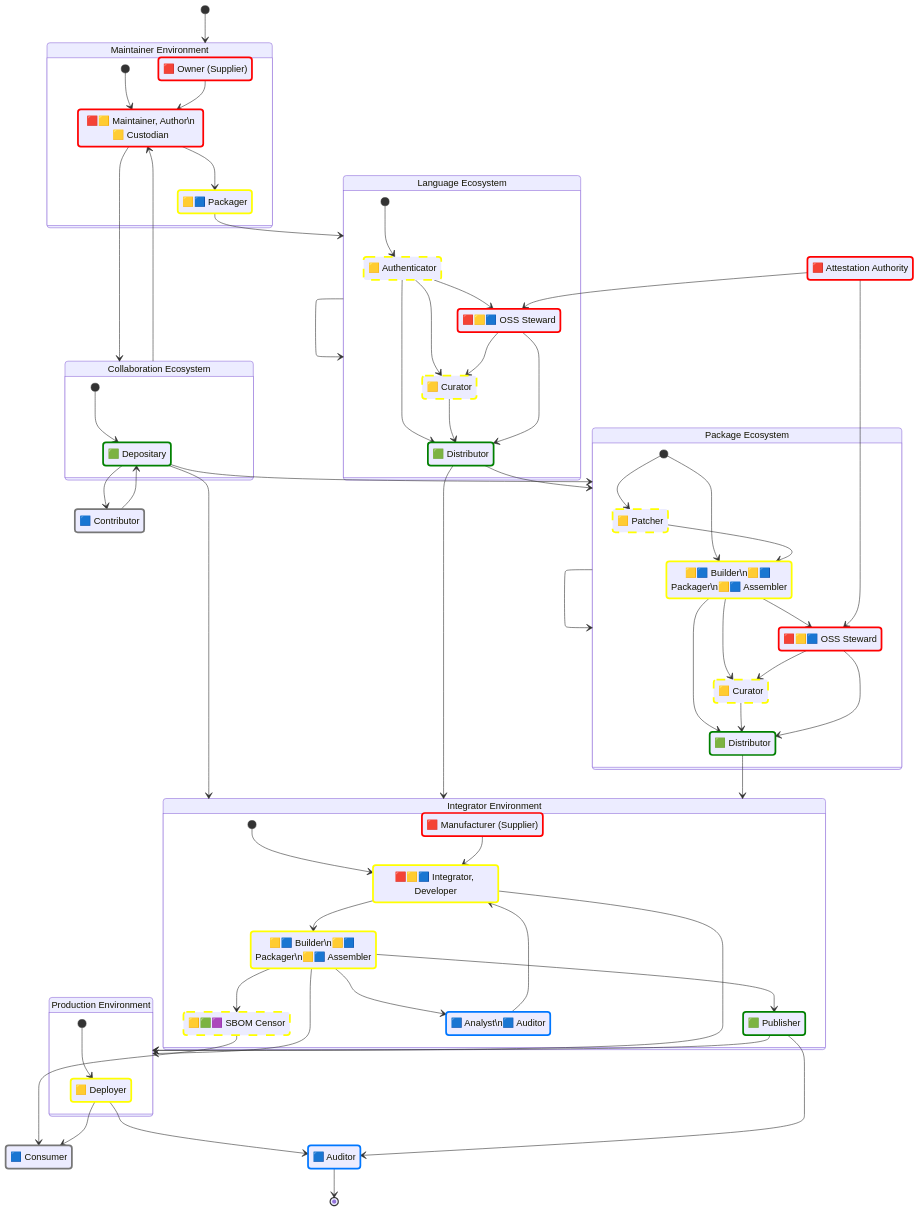
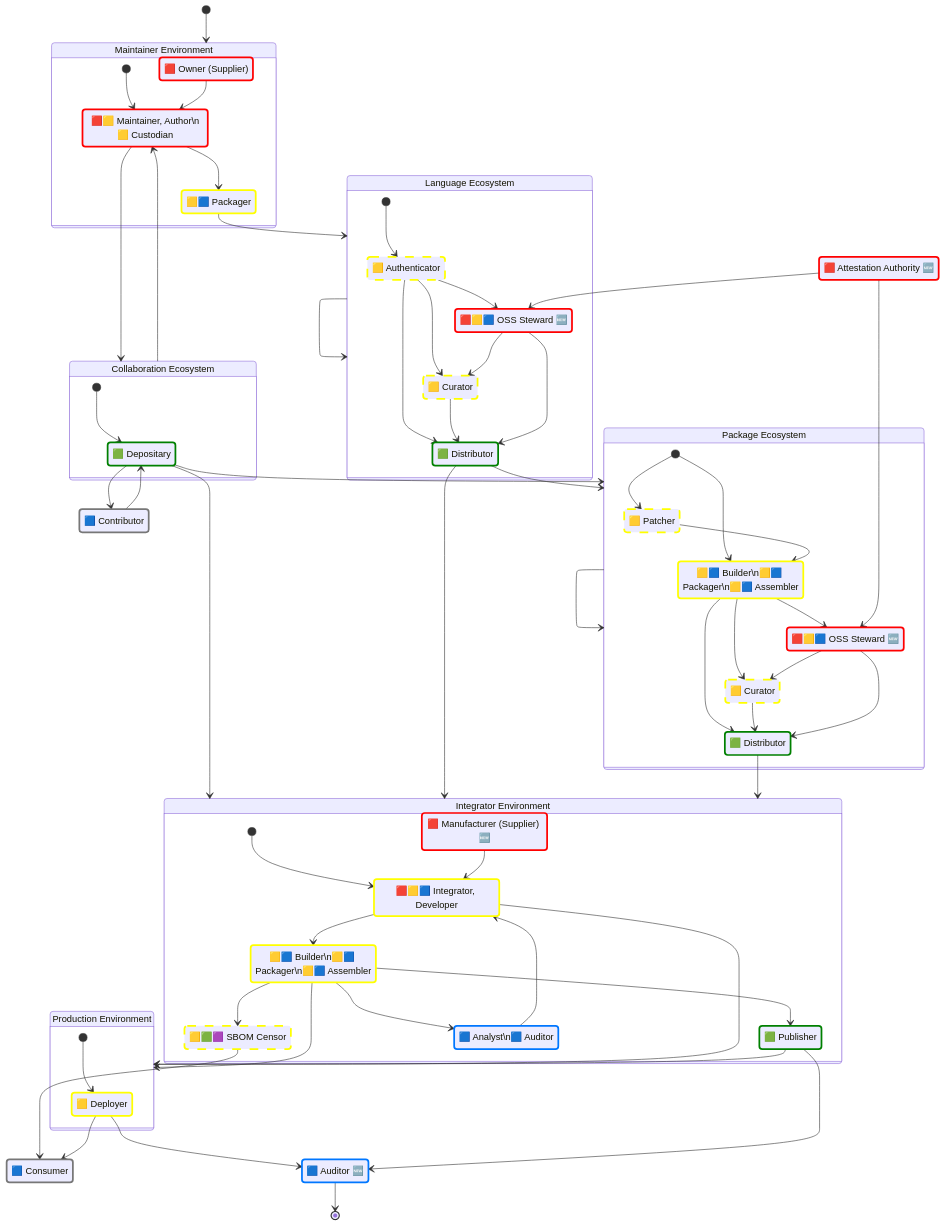
Before and after one commit to CPAN-Security/security.metacpan.org: the second of 2 diagrams in docs/supplychain-sbom.md, drawn with Mermaid. The commit also changed other lines of this file, not shown here.

Commit message:
Add 'Attestation' field to Auditor's list; Add 🆕 to Roles that are introduced by EU CRA

```diff
--- a/docs/supplychain-sbom.md
+++ b/docs/supplychain-sbom.md
@@ -124,12 +124,12 @@
     state "🟨🟦 Packager" as language_packager
 
     %%
-    state "🟥 Attestation Authority" as authority_attester
+    state "🟥 Attestation Authority 🆕" as authority_attester
 
     %%
     %%state "🟦 Importer" as language_importer
     state "🟨 Authenticator" as language_authenticator
-    state "🟥🟨🟦 OSS Steward" as language_steward
+    state "🟥🟨🟦 OSS Steward 🆕" as language_steward
     state "🟨 Curator" as language_curator
     state "🟩 Distributor" as language_distributor
 
@@ -144,13 +144,13 @@
     %%state "🟦 Importer" as package_importer
     state "🟨 Patcher" as package_patcher
     state "🟨🟦 Builder\n🟨🟦 Packager\n🟨🟦 Assembler" as package_packager
-    state "🟥🟨🟦 OSS Steward" as package_steward
+    state "🟥🟨🟦 OSS Steward 🆕" as package_steward
     state "🟨 Curator" as package_curator
     state "🟩 Distributor" as package_distributor
 
     %%
     %%state "🟦 Importer" as integrator_importer
-    state "🟥 Manufacturer (Supplier)" as integrator_owner
+    state "🟥 Manufacturer (Supplier) 🆕" as integrator_owner
     state "🟥🟨🟦 Integrator, Developer" as integrator_developer
     state "🟨🟦 Builder\n🟨🟦 Packager\n🟨🟦 Assembler" as integrator_builder
     state "🟨🟩🟪 SBOM Censor" as integrator_censor
@@ -160,7 +160,7 @@
     %%
     state "🟨 Deployer" as prod_deployer
     state "🟦 Consumer" as external_consumer
-    state "🟦 Auditor" as authority_auditor
+    state "🟦 Auditor 🆕" as authority_auditor
 
     %%
     classDef createsSBOM stroke:red,stroke-width:3px;
```
